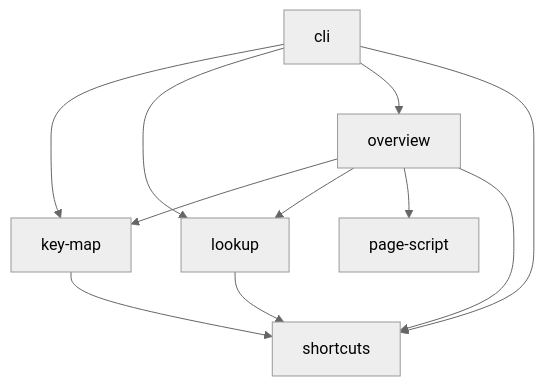
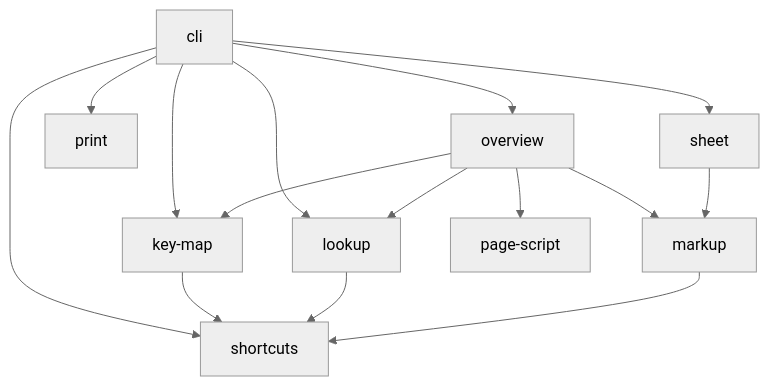
Before and after one commit to tiavelum/mac-shortcut-map: the diagram in src/README.md, drawn with Mermaid (neutral theme). The commit also changed other lines of this file and 13 other files, not shown here.

````diff
--- a/src/README.md
+++ b/src/README.md
@@ -30,13 +31,17 @@
 ```mermaid
 flowchart TD
   cli["cli"] --> key_map["key-map"]
   cli["cli"] --> lookup["lookup"]
   cli["cli"] --> overview["overview"]
+  cli["cli"] --> print["print"]
+  cli["cli"] --> sheet["sheet"]
   cli["cli"] --> shortcuts["shortcuts"]
   key_map["key-map"] --> shortcuts["shortcuts"]
   lookup["lookup"] --> shortcuts["shortcuts"]
+  markup["markup"] --> shortcuts["shortcuts"]
   overview["overview"] --> key_map["key-map"]
   overview["overview"] --> lookup["lookup"]
+  overview["overview"] --> markup["markup"]
   overview["overview"] --> page_script["page-script"]
-  overview["overview"] --> shortcuts["shortcuts"]
+  sheet["sheet"] --> markup["markup"]
 ```
````
